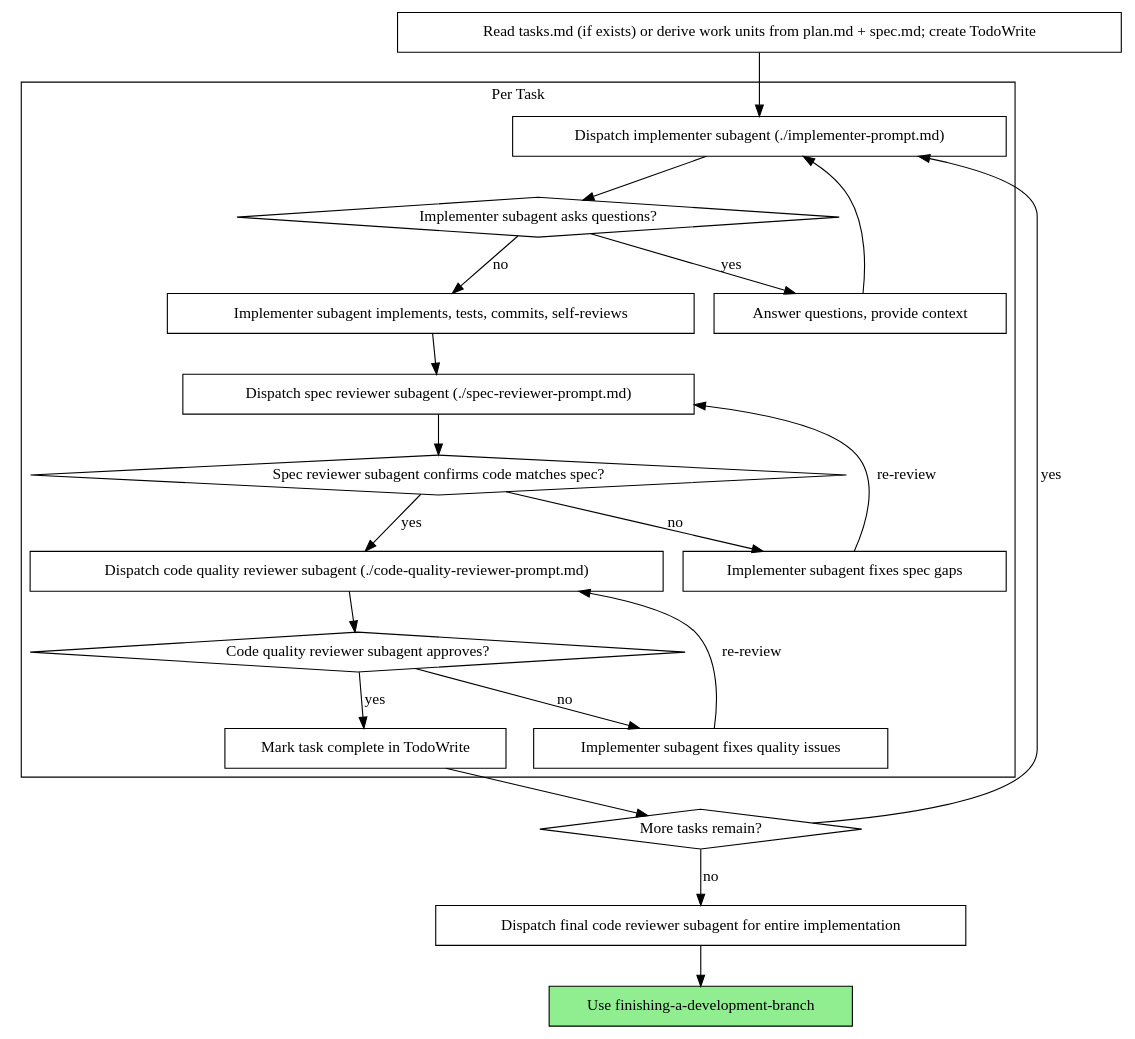
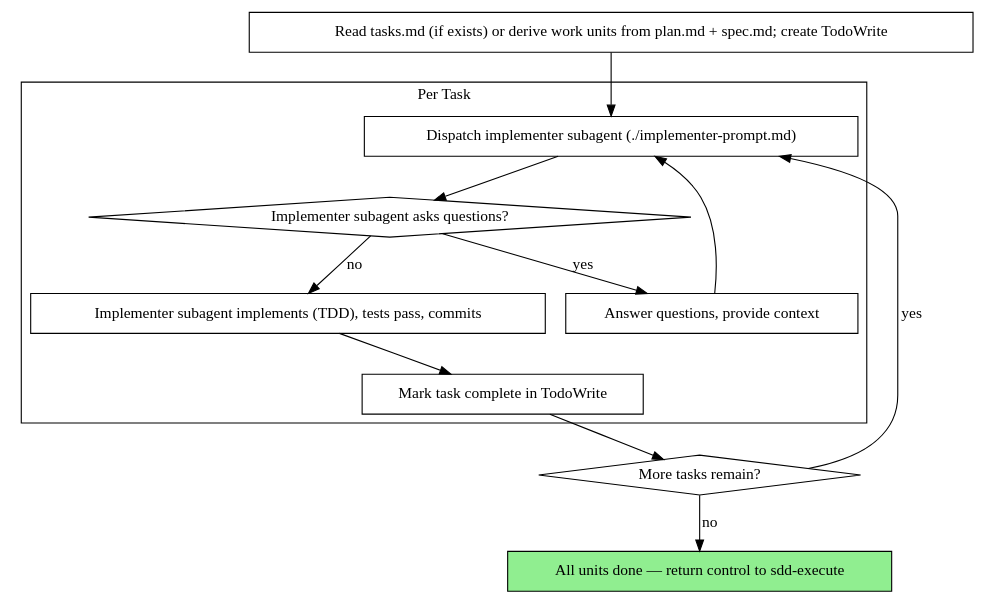
The second of 2 diagrams in skills/subagent-driven-development/SKILL.md (hllj/sdd-superpowers), drawn with Graphviz before and after one commit. The commit also changed other lines of this file and 2 other files, not shown here.

First line of the commit message:
refactor(subagent-driven-development): drop per-unit two-stage review

````diff
--- a/skills/subagent-driven-development/SKILL.md
+++ b/skills/subagent-driven-development/SKILL.md
@@ -67,44 +65,28 @@
 ```dot
 digraph process {
     rankdir=TB;
 
     subgraph cluster_per_task {
         label="Per Task";
         "Dispatch implementer subagent (./implementer-prompt.md)" [shape=box];
         "Implementer subagent asks questions?" [shape=diamond];
         "Answer questions, provide context" [shape=box];
-        "Implementer subagent implements, tests, commits, self-reviews" [shape=box];
-        "Dispatch spec reviewer subagent (./spec-reviewer-prompt.md)" [shape=box];
-        "Spec reviewer subagent confirms code matches spec?" [shape=diamond];
-        "Implementer subagent fixes spec gaps" [shape=box];
-        "Dispatch code quality reviewer subagent (./code-quality-reviewer-prompt.md)" [shape=box];
-        "Code quality reviewer subagent approves?" [shape=diamond];
-        "Implementer subagent fixes quality issues" [shape=box];
+        "Implementer subagent implements (TDD), tests pass, commits" [shape=box];
         "Mark task complete in TodoWrite" [shape=box];
     }
 
     "Read tasks.md (if exists) or derive work units from plan.md + spec.md; create TodoWrite" [shape=box];
     "More tasks remain?" [shape=diamond];
-    "Dispatch final code reviewer subagent for entire implementation" [shape=box];
-    "Use finishing-a-development-branch" [shape=box style=filled fillcolor=lightgreen];
+    "All units done — return control to sdd-execute" [shape=box style=filled fillcolor=lightgreen];
 
     "Read tasks.md (if exists) or derive work units from plan.md + spec.md; create TodoWrite" -> "Dispatch implementer subagent (./implementer-prompt.md)";
     "Dispatch implementer subagent (./implementer-prompt.md)" -> "Implementer subagent asks questions?";
     "Implementer subagent asks questions?" -> "Answer questions, provide context" [label="yes"];
     "Answer questions, provide context" -> "Dispatch implementer subagent (./implementer-prompt.md)";
-    "Implementer subagent asks questions?" -> "Implementer subagent implements, tests, commits, self-reviews" [label="no"];
-    "Implementer subagent implements, tests, commits, self-reviews" -> "Dispatch spec reviewer subagent (./spec-reviewer-prompt.md)";
-    "Dispatch spec reviewer subagent (./spec-reviewer-prompt.md)" -> "Spec reviewer subagent confirms code matches spec?";
-    "Spec reviewer subagent confirms code matches spec?" -> "Implementer subagent fixes spec gaps" [label="no"];
-    "Implementer subagent fixes spec gaps" -> "Dispatch spec reviewer subagent (./spec-reviewer-prompt.md)" [label="re-review"];
-    "Spec reviewer subagent confirms code matches spec?" -> "Dispatch code quality reviewer subagent (./code-quality-reviewer-prompt.md)" [label="yes"];
-    "Dispatch code quality reviewer subagent (./code-quality-reviewer-prompt.md)" -> "Code quality reviewer subagent approves?";
-    "Code quality reviewer subagent approves?" -> "Implementer subagent fixes quality issues" [label="no"];
-    "Implementer subagent fixes quality issues" -> "Dispatch code quality reviewer subagent (./code-quality-reviewer-prompt.md)" [label="re-review"];
-    "Code quality reviewer subagent approves?" -> "Mark task complete in TodoWrite" [label="yes"];
+    "Implementer subagent asks questions?" -> "Implementer subagent implements (TDD), tests pass, commits" [label="no"];
+    "Implementer subagent implements (TDD), tests pass, commits" -> "Mark task complete in TodoWrite";
     "Mark task complete in TodoWrite" -> "More tasks remain?";
     "More tasks remain?" -> "Dispatch implementer subagent (./implementer-prompt.md)" [label="yes"];
-    "More tasks remain?" -> "Dispatch final code reviewer subagent for entire implementation" [label="no"];
-    "Dispatch final code reviewer subagent for entire implementation" -> "Use finishing-a-development-branch";
+    "More tasks remain?" -> "All units done — return control to sdd-execute" [label="no"];
 }
 ```
````
